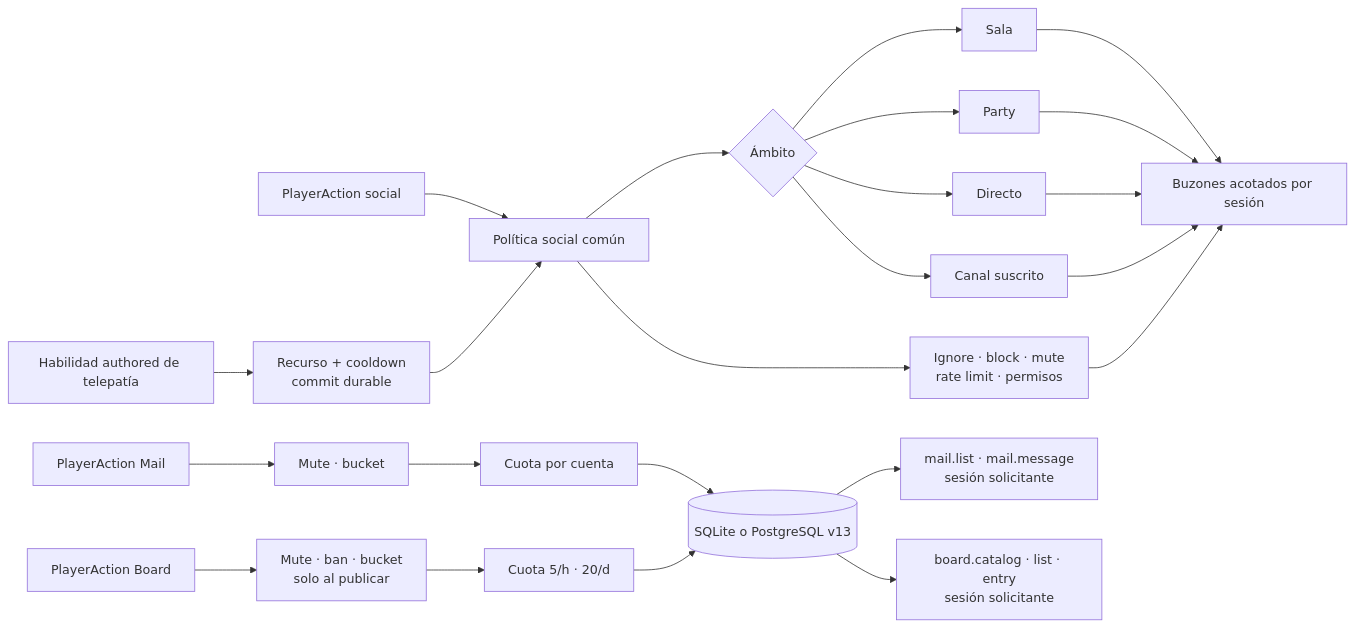
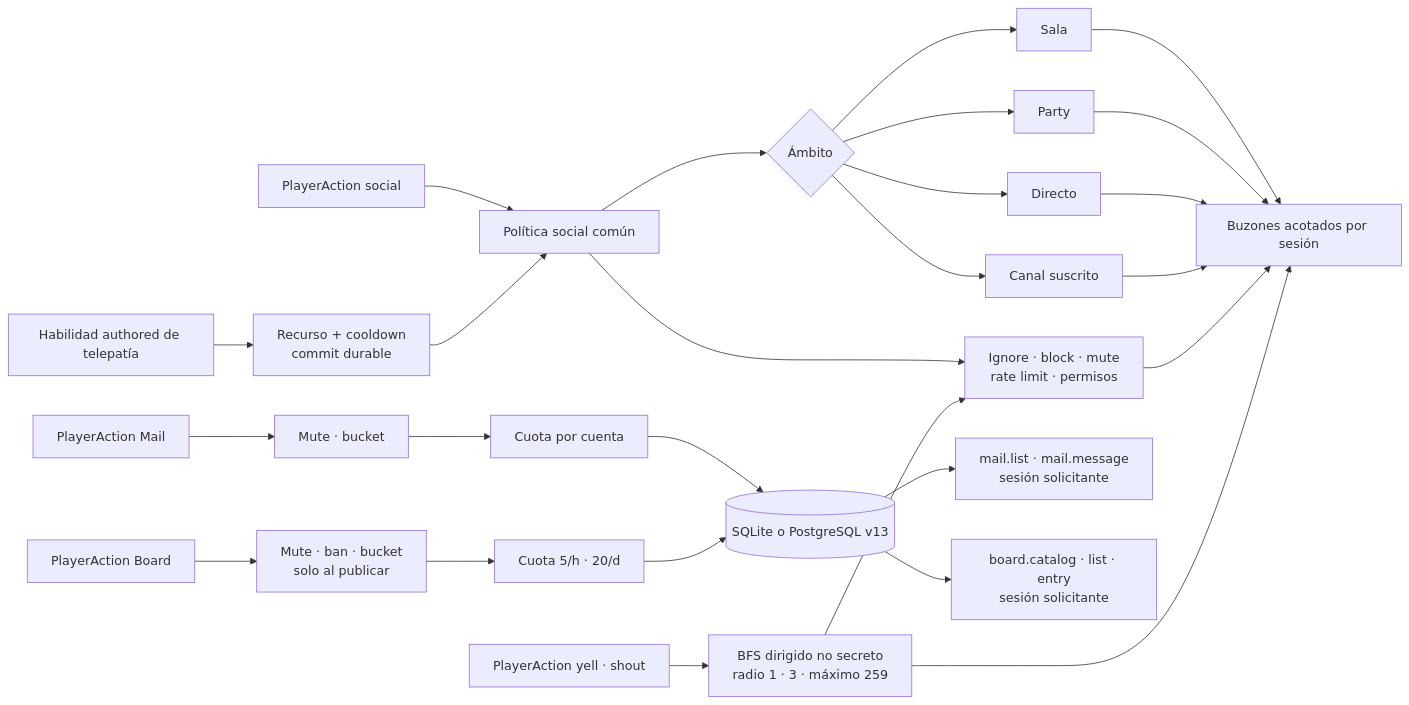
Before and after one commit to hyukudan/tiamud: the first of 3 diagrams in docs/design/social-staff-and-loot-roadmap.md, drawn with Mermaid. The commit also changed other lines of this file and 23 other files, not shown here.

````diff
--- a/docs/design/social-staff-and-loot-roadmap.md
+++ b/docs/design/social-staff-and-loot-roadmap.md
@@ -329,28 +331,31 @@
 ```mermaid
 flowchart LR
     accTitle: Enrutamiento actual de las comunicaciones de Tiamud
     accDescr: Chat, emotes y telepatía entregan copias efímeras mediante una política común. Correo y tablones superan guardas comunes, pero usan cuota, retención y consulta separadas: privada para correo y pública bajo demanda para tablones.
 
     Text[PlayerAction social] --> Policy[Política social común]
     Ability[Habilidad authored de telepatía] --> Effect[Recurso + cooldown<br/>commit durable]
     Effect --> Policy
     Policy --> Audience{Ámbito}
     Audience --> Room[Sala]
     Audience --> Party[Party]
     Audience --> Direct[Directo]
     Audience --> Channel[Canal suscrito]
     Policy --> Safety[Ignore · block · mute<br/>rate limit · permisos]
     Room --> Delivery[Buzones acotados por sesión]
     Party --> Delivery
     Direct --> Delivery
     Channel --> Delivery
     Safety --> Delivery
     Mail[PlayerAction Mail] --> Guard[Mute · bucket]
     Guard --> Quota[Cuota por cuenta]
     Quota --> Store[(SQLite o PostgreSQL v13)]
     Store --> Private[mail.list · mail.message<br/>sesión solicitante]
     Board[PlayerAction Board] --> BoardGuard[Mute · ban · bucket<br/>solo al publicar]
     BoardGuard --> BoardQuota[Cuota 5/h · 20/d]
     BoardQuota --> Store
     Store --> Public[board.catalog · list · entry<br/>sesión solicitante]
+    Voice[PlayerAction yell · shout] --> BFS[BFS dirigido no secreto<br/>radio 1 · 3 · máximo 259]
+    BFS --> Safety
+    BFS --> Delivery
 ```
````
